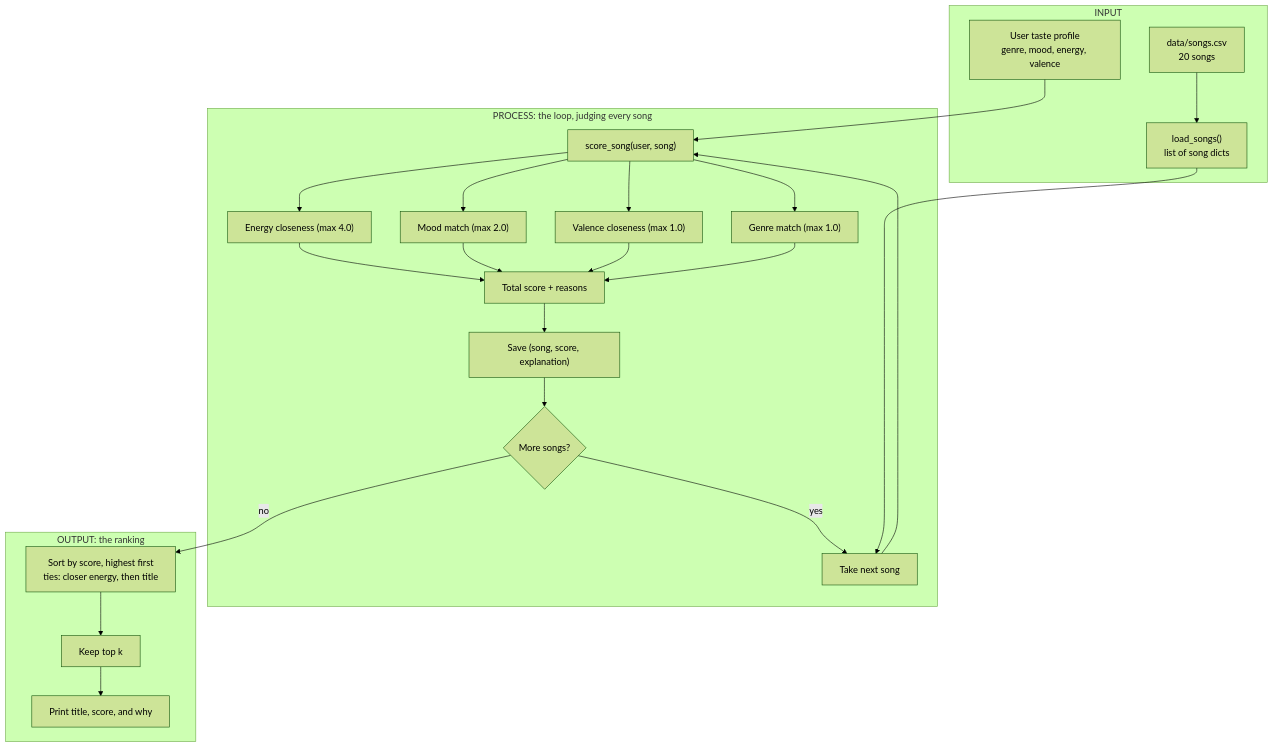
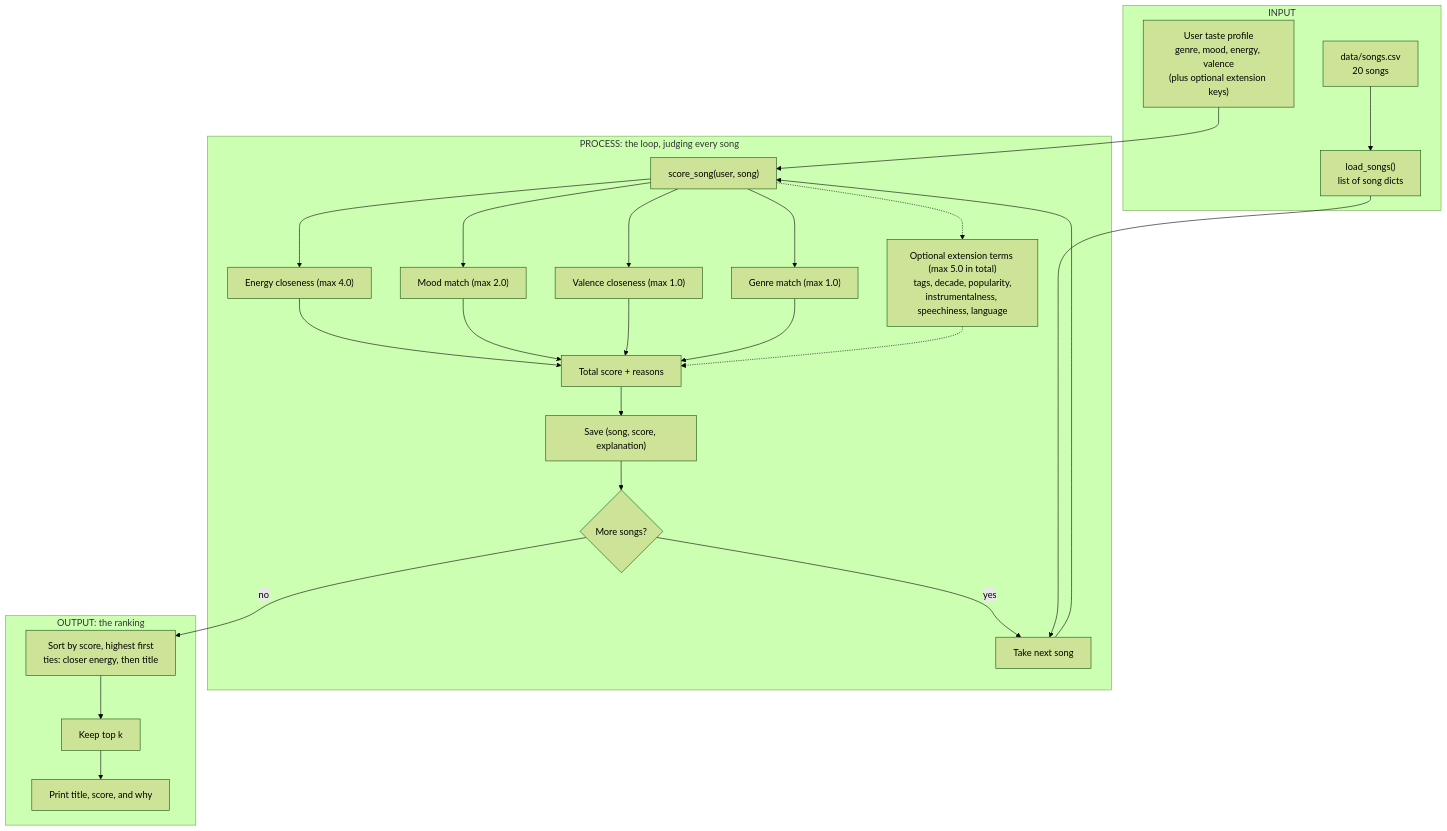
The diagram in README.md (LittleNew008/ai110-module3show-musicrecommendersimulation-starter), drawn with Mermaid (forest theme) before and after one commit. The commit also changed other lines of this file and 6 other files, not shown here.

````diff
--- a/README.md
+++ b/README.md
@@ -34,31 +34,33 @@
 ```mermaid
 flowchart TD
     subgraph INPUT["INPUT"]
-        U["User taste profile<br/>genre, mood, energy, valence"]
+        U["User taste profile<br/>genre, mood, energy, valence<br/>(plus optional extension keys)"]
         CSV["data/songs.csv<br/>20 songs"] --> LOAD["load_songs()<br/>list of song dicts"]
     end
 
     subgraph PROCESS["PROCESS: the loop, judging every song"]
         NEXT["Take next song"] --> SCORE["score_song(user, song)"]
         SCORE --> E["Energy closeness (max 4.0)"]
         SCORE --> M["Mood match (max 2.0)"]
         SCORE --> V["Valence closeness (max 1.0)"]
         SCORE --> G["Genre match (max 1.0)"]
+        SCORE -.-> X["Optional extension terms (max 5.0 in total)<br/>tags, decade, popularity,<br/>instrumentalness, speechiness, language"]
         E --> SUM["Total score + reasons"]
         M --> SUM
         V --> SUM
         G --> SUM
+        X -.-> SUM
         SUM --> STORE["Save (song, score, explanation)"]
         STORE --> MORE{"More songs?"}
         MORE -->|yes| NEXT
     end
 
     subgraph OUTPUT["OUTPUT: the ranking"]
         SORT["Sort by score, highest first<br/>ties: closer energy, then title"] --> TOPK["Keep top k"]
         TOPK --> SHOW["Print title, score, and why"]
     end
 
     U --> SCORE
     LOAD --> NEXT
     MORE -->|no| SORT
 ```
````
